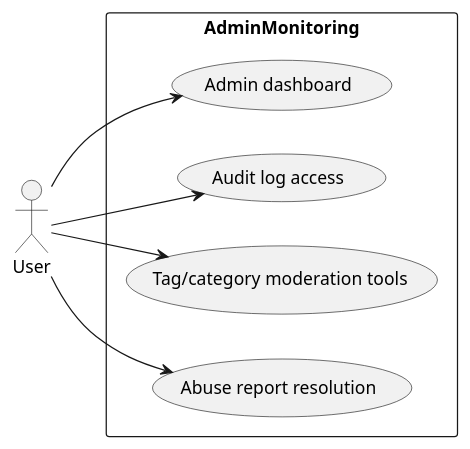
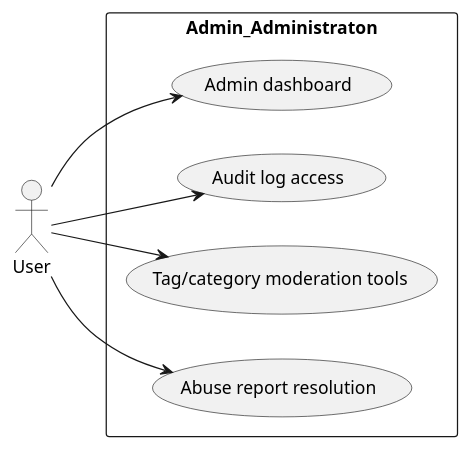
The diagram in docs/diagrams/src/usecase_adminmonitoring.puml (andyegli/daysave.app), drawn with PlantUML before and after one commit. The commit also changed 15 other files, not shown here.

Commit message:
moved diagrams

```diff
--- a/docs/diagrams/src/usecase_adminmonitoring.puml
+++ b/docs/diagrams/src/usecase_adminmonitoring.puml
@@ -1,14 +1,14 @@
-@startuml
+@startuml DaySave.app Administation
 left to right direction
 actor User
-rectangle AdminMonitoring {
+rectangle Admin_Administraton {
   ( Admin dashboard )
   User --> ( Admin dashboard )
   ( Audit log access )
   User --> ( Audit log access )
   ( Tag/category moderation tools )
   User --> ( Tag/category moderation tools )
   ( Abuse report resolution )
   User --> ( Abuse report resolution )
 }
 @enduml
```
